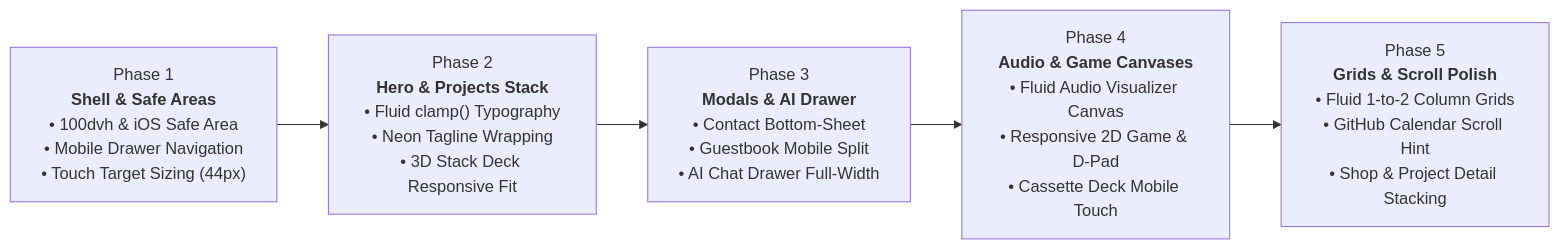
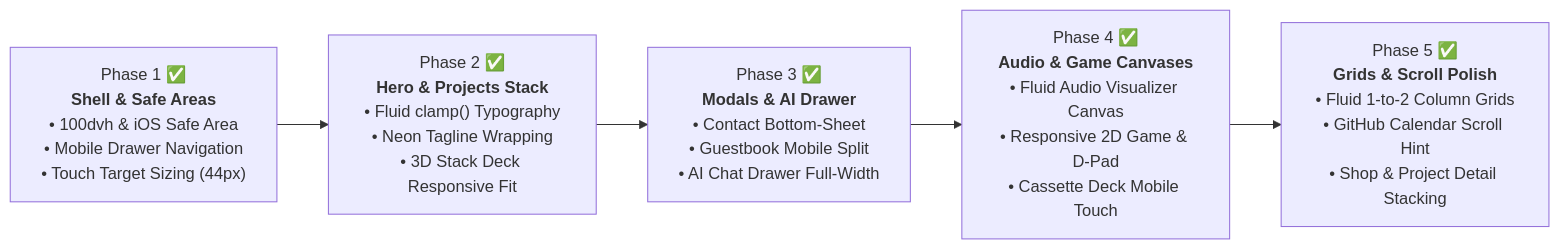
Before and after one commit to RoldanGaspar/Portfolio_Brylim_inspo: the diagram in .agents/context/RESPONSIVENESS_ROADMAP.md, drawn with Mermaid. The commit also changed other lines of this file, not shown here.

Commit message:
docs: complete entire 5-phase responsiveness roadmap

````diff
--- a/.agents/context/RESPONSIVENESS_ROADMAP.md
+++ b/.agents/context/RESPONSIVENESS_ROADMAP.md
@@ -9,8 +9,8 @@
 ```mermaid
 flowchart LR
-    P1["Phase 1<br/><b>Shell & Safe Areas</b><br/>• 100dvh & iOS Safe Area<br/>• Mobile Drawer Navigation<br/>• Touch Target Sizing (44px)"]
-    --> P2["Phase 2<br/><b>Hero & Projects Stack</b><br/>• Fluid clamp() Typography<br/>• Neon Tagline Wrapping<br/>• 3D Stack Deck Responsive Fit"]
-    --> P3["Phase 3<br/><b>Modals & AI Drawer</b><br/>• Contact Bottom-Sheet<br/>• Guestbook Mobile Split<br/>• AI Chat Drawer Full-Width"]
-    --> P4["Phase 4<br/><b>Audio & Game Canvases</b><br/>• Fluid Audio Visualizer Canvas<br/>• Responsive 2D Game & D-Pad<br/>• Cassette Deck Mobile Touch"]
-    --> P5["Phase 5<br/><b>Grids & Scroll Polish</b><br/>• Fluid 1-to-2 Column Grids<br/>• GitHub Calendar Scroll Hint<br/>• Shop & Project Detail Stacking"]
+    P1["Phase 1 ✅<br/><b>Shell & Safe Areas</b><br/>• 100dvh & iOS Safe Area<br/>• Mobile Drawer Navigation<br/>• Touch Target Sizing (44px)"]
+    --> P2["Phase 2 ✅<br/><b>Hero & Projects Stack</b><br/>• Fluid clamp() Typography<br/>• Neon Tagline Wrapping<br/>• 3D Stack Deck Responsive Fit"]
+    --> P3["Phase 3 ✅<br/><b>Modals & AI Drawer</b><br/>• Contact Bottom-Sheet<br/>• Guestbook Mobile Split<br/>• AI Chat Drawer Full-Width"]
+    --> P4["Phase 4 ✅<br/><b>Audio & Game Canvases</b><br/>• Fluid Audio Visualizer Canvas<br/>• Responsive 2D Game & D-Pad<br/>• Cassette Deck Mobile Touch"]
+    --> P5["Phase 5 ✅<br/><b>Grids & Scroll Polish</b><br/>• Fluid 1-to-2 Column Grids<br/>• GitHub Calendar Scroll Hint<br/>• Shop & Project Detail Stacking"]
 ```
````
